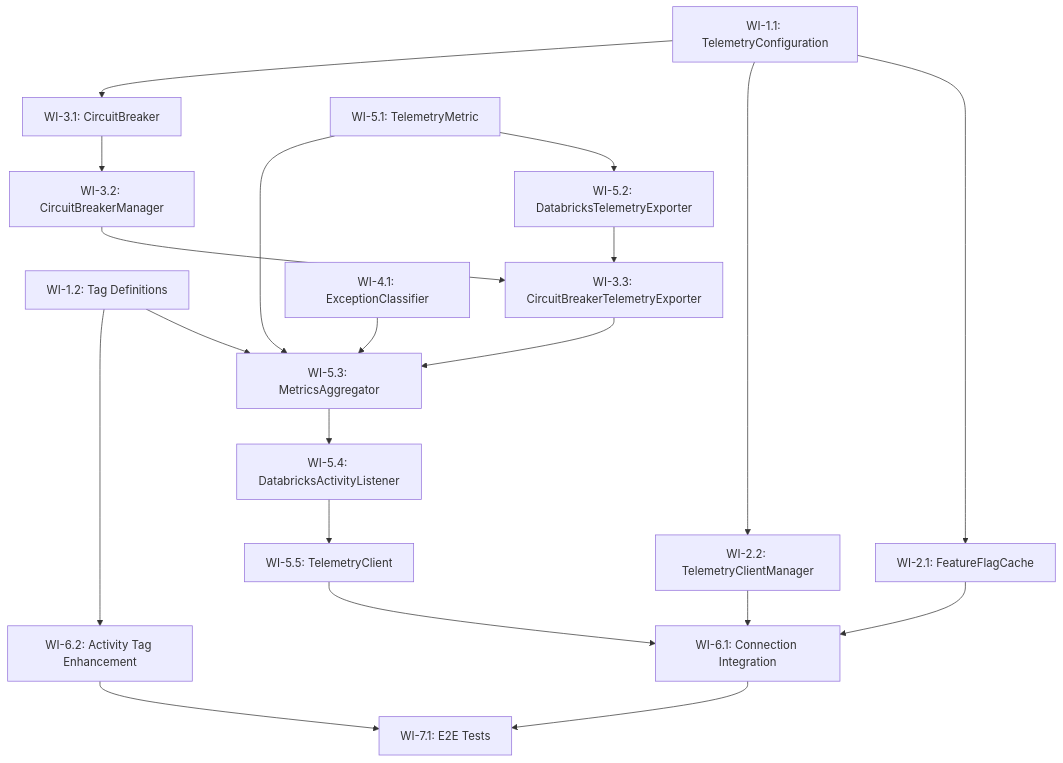
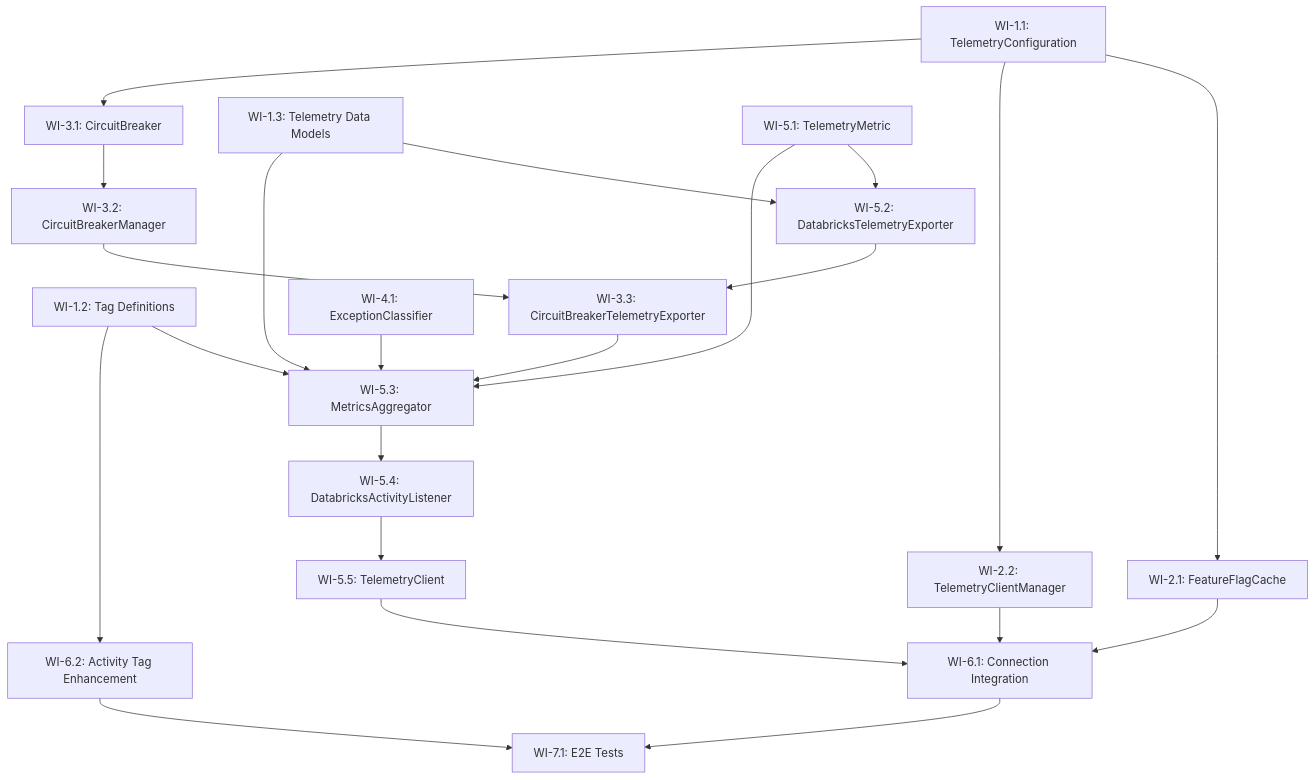
Before and after one commit to davidhcoe/adbc-drivers-databricks: the diagram in csharp/doc/telemetry-sprint-plan.md, drawn with Mermaid. The commit also changed other lines of this file and 13 other files, not shown here.

````diff
--- a/csharp/doc/telemetry-sprint-plan.md
+++ b/csharp/doc/telemetry-sprint-plan.md
@@ -497,30 +547,32 @@
 ```mermaid
 graph TD
     WI_1_1[WI-1.1: TelemetryConfiguration] --> WI_2_1[WI-2.1: FeatureFlagCache]
     WI_1_1 --> WI_2_2[WI-2.2: TelemetryClientManager]
     WI_1_1 --> WI_3_1[WI-3.1: CircuitBreaker]
 
     WI_1_2[WI-1.2: Tag Definitions] --> WI_5_3[WI-5.3: MetricsAggregator]
+    WI_1_3[WI-1.3: Telemetry Data Models] --> WI_5_2[WI-5.2: DatabricksTelemetryExporter]
+    WI_1_3 --> WI_5_3
 
     WI_3_1 --> WI_3_2[WI-3.2: CircuitBreakerManager]
     WI_3_2 --> WI_3_3[WI-3.3: CircuitBreakerTelemetryExporter]
 
     WI_4_1[WI-4.1: ExceptionClassifier] --> WI_5_3
 
     WI_5_1[WI-5.1: TelemetryMetric] --> WI_5_2[WI-5.2: DatabricksTelemetryExporter]
     WI_5_1 --> WI_5_3
 
     WI_5_2 --> WI_3_3
     WI_3_3 --> WI_5_3
     WI_5_3 --> WI_5_4[WI-5.4: DatabricksActivityListener]
     WI_5_4 --> WI_5_5[WI-5.5: TelemetryClient]
 
     WI_2_1 --> WI_6_1[WI-6.1: Connection Integration]
     WI_2_2 --> WI_6_1
     WI_5_5 --> WI_6_1
 
     WI_1_2 --> WI_6_2[WI-6.2: Activity Tag Enhancement]
 
     WI_6_1 --> WI_7_1[WI-7.1: E2E Tests]
     WI_6_2 --> WI_7_1
 ```
````
